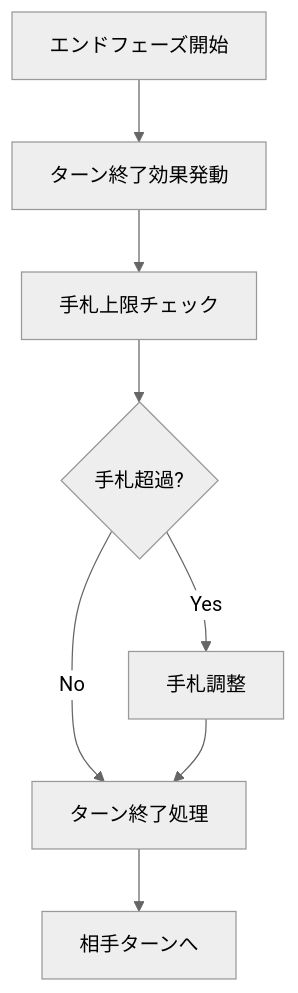
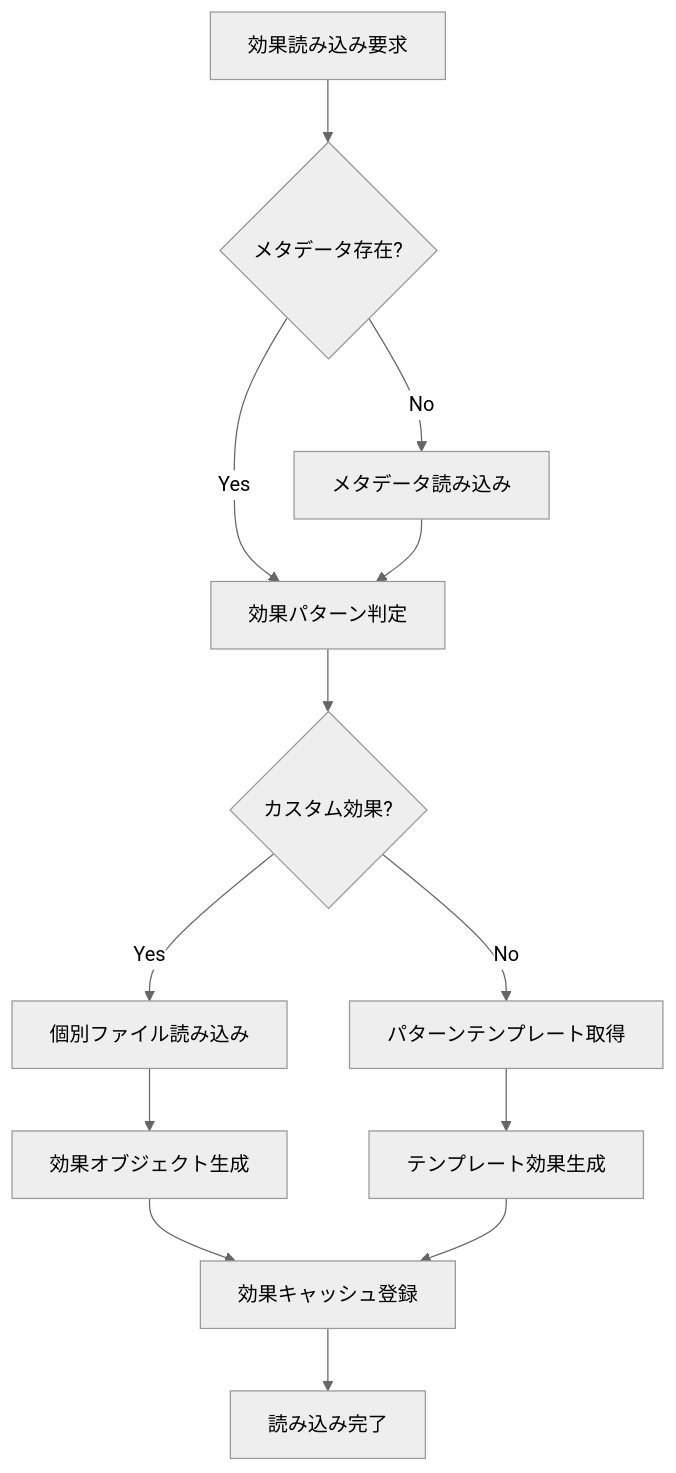
The ninth of 21 diagrams in battle_simulator/docs/STATE_FLOW.md (ikachan-desuyo/hololive_card_list_check), drawn with Mermaid (neutral theme) before and after one commit. The commit also changed other lines of this file and 10 other files, not shown here.

````diff
--- a/battle_simulator/docs/STATE_FLOW.md
+++ b/battle_simulator/docs/STATE_FLOW.md
@@ -98,10 +160,15 @@
 ```mermaid
 flowchart TD
-    A[エンドフェーズ開始] --> B[ターン終了効果発動]
-    B --> C[手札上限チェック]
-    C --> D{手札超過?}
-    D -->|Yes| E[手札調整]
-    D -->|No| F[ターン終了処理]
-    E --> F
-    F --> G[相手ターンへ]
+    A[効果読み込み要求] --> B{メタデータ存在?}
+    B -->|No| C[メタデータ読み込み]
+    B -->|Yes| D[効果パターン判定]
+    C --> D
+    D --> E{カスタム効果?}
+    E -->|Yes| F[個別ファイル読み込み]
+    E -->|No| G[パターンテンプレート取得]
+    F --> H[効果オブジェクト生成]
+    G --> I[テンプレート効果生成]
+    H --> J[効果キャッシュ登録]
+    I --> J
+    J --> K[読み込み完了]
 ```
````
